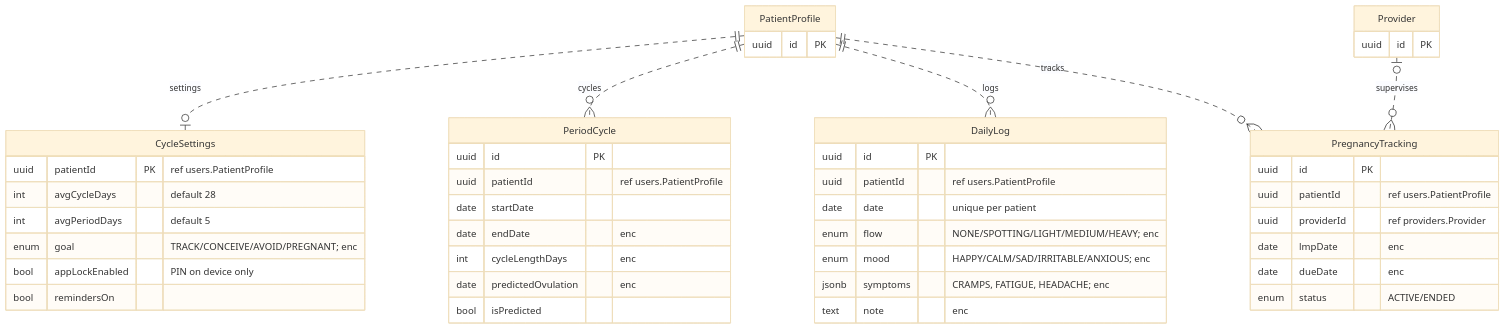
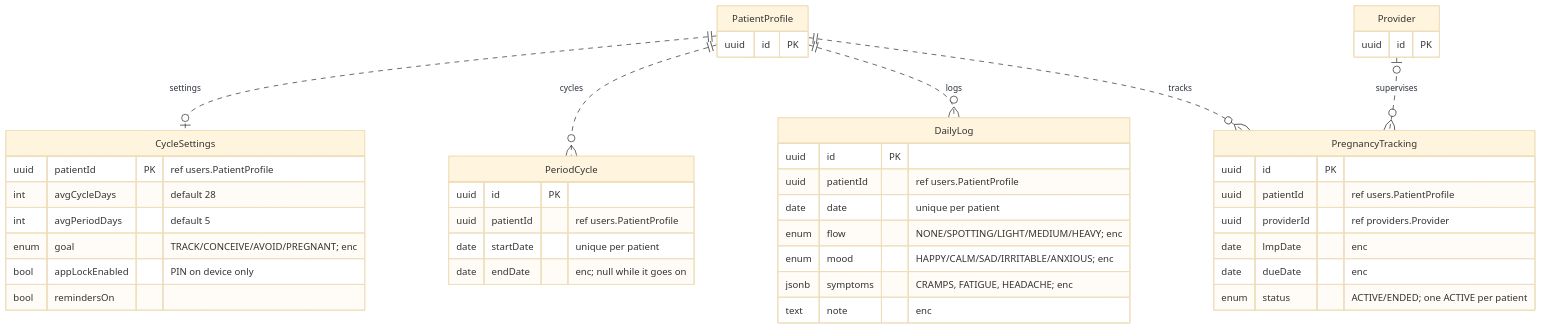
The tenth of 16 diagrams in erd.md (alamin00006/daily-health), drawn with Mermaid (base theme) before and after one commit. The commit also changed other lines of this file and 267 other files, not shown here.

````diff
--- a/erd.md
+++ b/erd.md
@@ -773,48 +893,45 @@
 ```mermaid
 erDiagram
 PatientProfile {
   uuid id PK
 }
 Provider {
   uuid id PK
 }
 CycleSettings {
   uuid patientId PK "ref users.PatientProfile"
   int avgCycleDays "default 28"
   int avgPeriodDays "default 5"
   enum goal "TRACK/CONCEIVE/AVOID/PREGNANT; enc"
   bool appLockEnabled "PIN on device only"
   bool remindersOn
 }
 PeriodCycle {
   uuid id PK
   uuid patientId "ref users.PatientProfile"
-  date startDate
-  date endDate "enc"
-  int cycleLengthDays "enc"
-  date predictedOvulation "enc"
-  bool isPredicted
+  date startDate "unique per patient"
+  date endDate "enc; null while it goes on"
 }
 DailyLog {
   uuid id PK
   uuid patientId "ref users.PatientProfile"
   date date "unique per patient"
   enum flow "NONE/SPOTTING/LIGHT/MEDIUM/HEAVY; enc"
   enum mood "HAPPY/CALM/SAD/IRRITABLE/ANXIOUS; enc"
   jsonb symptoms "CRAMPS, FATIGUE, HEADACHE; enc"
   text note "enc"
 }
 PregnancyTracking {
   uuid id PK
   uuid patientId "ref users.PatientProfile"
   uuid providerId "ref providers.Provider"
   date lmpDate "enc"
   date dueDate "enc"
-  enum status "ACTIVE/ENDED"
+  enum status "ACTIVE/ENDED; one ACTIVE per patient"
 }
 PatientProfile ||..o| CycleSettings : "settings"
 PatientProfile ||..o{ PeriodCycle : "cycles"
 PatientProfile ||..o{ DailyLog : "logs"
 PatientProfile ||..o{ PregnancyTracking : "tracks"
 Provider |o..o{ PregnancyTracking : "supervises"
 ```
````
